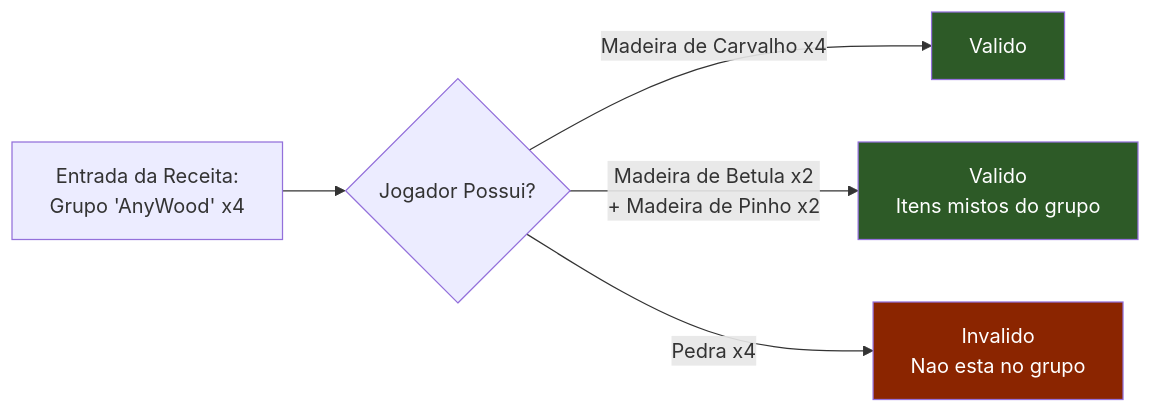
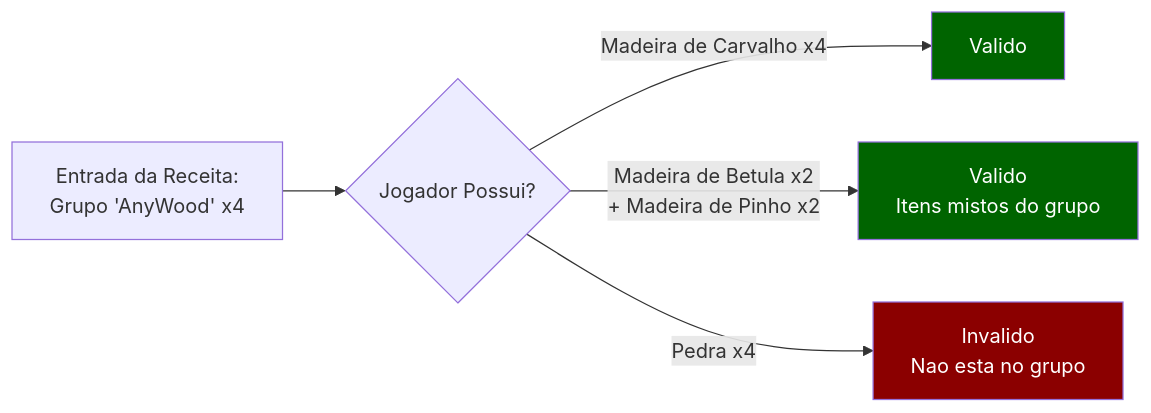
Before and after one commit to nevesb/hytale-modding-docs: the second of 2 diagrams in src/content/docs/pt-br/reference/crafting-system/recipes.md, drawn with Mermaid. The commit also changed other lines of this file and 34 other files, not shown here.

````diff
--- a/src/content/docs/pt-br/reference/crafting-system/recipes.md
+++ b/src/content/docs/pt-br/reference/crafting-system/recipes.md
@@ -39,11 +39,11 @@
 ```mermaid
-flowchart LR
-    A["Entrada da Receita:<br/>Grupo 'AnyWood' x4"] --> B{Jogador Possui?}
+flowchart LR;
+    A["Entrada da Receita:<br>Grupo 'AnyWood' x4"] --> B{Jogador Possui?}
     B -->|"Madeira de Carvalho x4"| C[Valido]
-    B -->|"Madeira de Betula x2<br/>+ Madeira de Pinho x2"| D["Valido<br/>Itens mistos do grupo"]
-    B -->|"Pedra x4"| E["Invalido<br/>Nao esta no grupo"]
+    B -->|"Madeira de Betula x2<br>+ Madeira de Pinho x2"| D["Valido<br>Itens mistos do grupo"]
+    B -->|"Pedra x4"| E["Invalido<br>Nao esta no grupo"]
 
-    style C fill:#2d5a27,color:#fff
-    style D fill:#2d5a27,color:#fff
-    style E fill:#8b2500,color:#fff
+    style C fill:darkgreen,color:white
+    style D fill:darkgreen,color:white
+    style E fill:darkred,color:white
 ```
````
